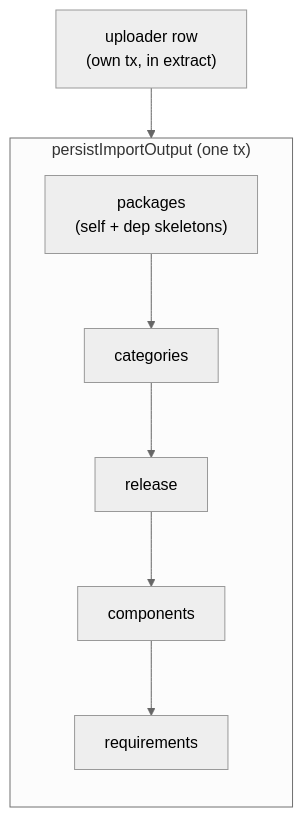
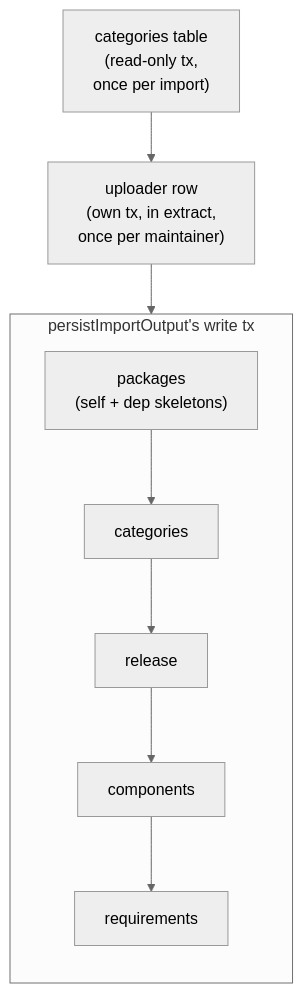
One commit to flora-pm/flora-server changed the third of 3 diagrams in architecture/import-pipeline.md. Above: the diagram before and after it, drawn with Mermaid (neutral theme). The commit also changed other lines of this file and 30 other files, not shown here.

````diff
--- a/architecture/import-pipeline.md
+++ b/architecture/import-pipeline.md
@@ -204,12 +203,13 @@
 ```mermaid
 flowchart TB
-  U["uploader row<br/>(own tx, in extract)"] --> P
-  subgraph P["persistImportOutput (one tx)"]
+  C["categories table<br/>(read-only tx,<br/>once per import)"] --> U
+  U["uploader row<br/>(own tx, in extract,<br/>once per maintainer)"] --> P
+  subgraph P["persistImportOutput's write tx"]
     direction TB
     P1["packages<br/>(self + dep skeletons)"]
     --> P2[categories]
     --> P3[release]
     --> P4[components]
     --> P5[requirements]
   end
 ```
````
